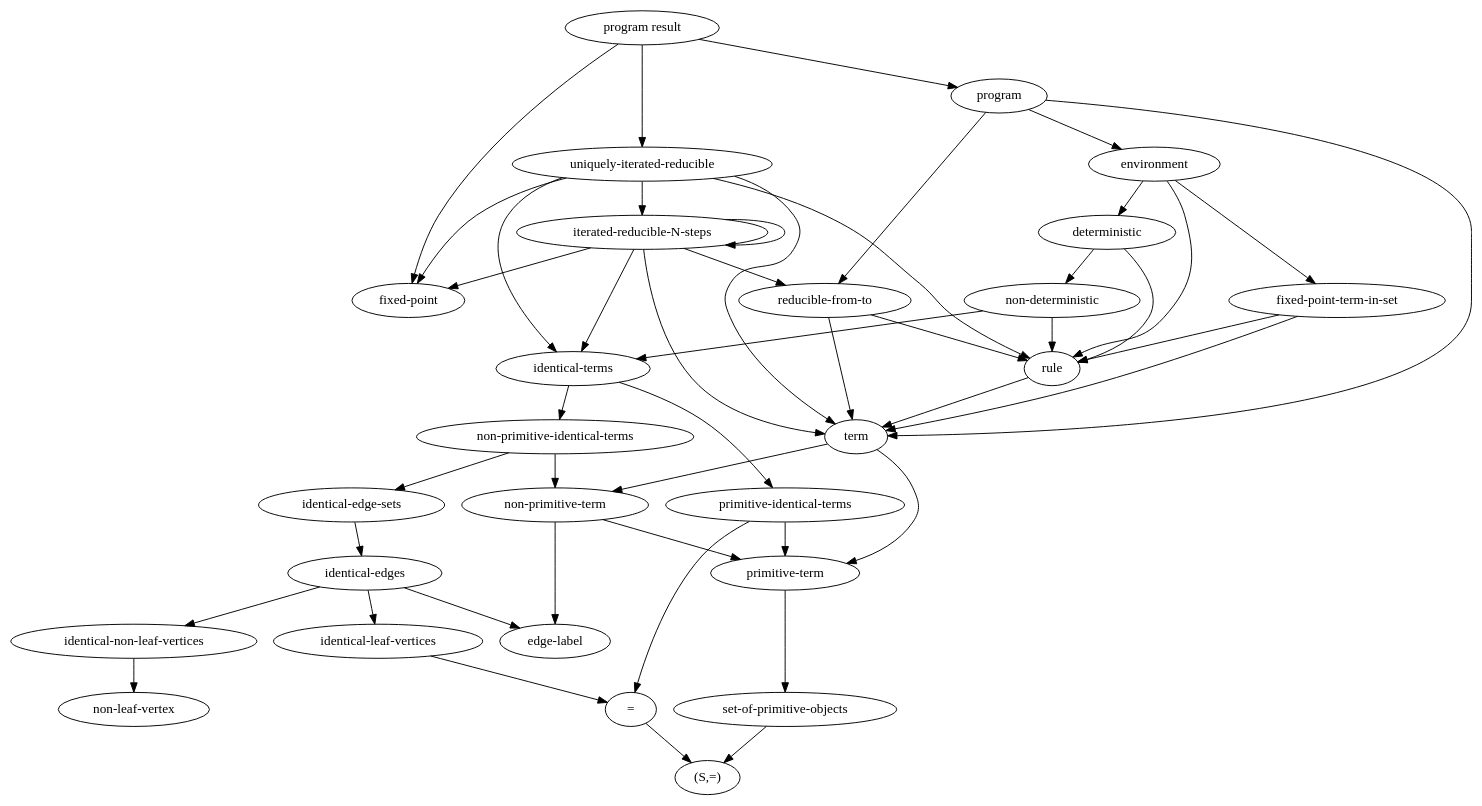
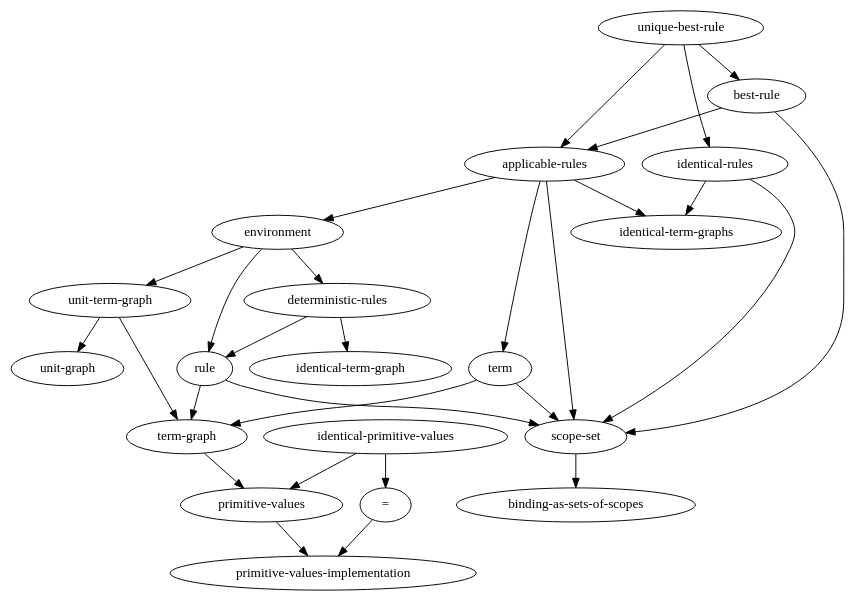
The diagram in documentation/model-graph.dot (MichaelMMacLeod/lang), drawn with Graphviz before and after one commit. The commit also changed 2 other files, not shown here.

Commit message:
Fix some errors, update model-graph

```diff
--- a/documentation/model-graph.dot
+++ b/documentation/model-graph.dot
@@ -1,24 +1,16 @@
 digraph definitions {
-    "program result" -> { "program", "fixed-point", "uniquely-iterated-reducible" };
-    "program" -> { "term", "environment", "reducible-from-to" };
-    "environment" -> { "rule", "deterministic", "rule", "fixed-point-term-in-set" };
-    "uniquely-iterated-reducible" ->  { "term", "fixed-point", "rule", "identical-terms", "iterated-reducible-N-steps" };
-    "iterated-reducible-N-steps" -> { "term", "fixed-point", "identical-terms", "reducible-from-to", "iterated-reducible-N-steps" };
-    "reducible-from-to" -> { "term", "rule", "rule" };
-    "fixed-point-term-in-set" -> { "term", "rule", "rule" };
-    "deterministic" -> { "rule", "non-deterministic" };
-    "non-deterministic" -> { "rule", "identical-terms" };
-    "identical-terms" -> { "primitive-identical-terms", "non-primitive-identical-terms" };
-    "primitive-identical-terms" -> { "primitive-term", "=" };
-    "non-primitive-identical-terms" -> { "non-primitive-term", "identical-edge-sets" };
-    "identical-edge-sets" -> { "identical-edges" };
-    "identical-edges" -> { "identical-non-leaf-vertices", "identical-leaf-vertices", "edge-label" };
-    "identical-non-leaf-vertices" -> { "non-leaf-vertex" };
-    "identical-leaf-vertices" -> { "=" };
-    "term" -> { "primitive-term", "non-primitive-term" };
-    "non-primitive-term" -> { "primitive-term", "edge-label" };
-    "primitive-term" -> { "set-of-primitive-objects" };
-    "set-of-primitive-objects" -> { "(S,=)" };
-    "=" -> { "(S,=)" };
-    "rule" -> { "term" };
+    "primitive-values" -> "primitive-values-implementation";
+    "=" -> "primitive-values-implementation";
+    "identical-primitive-values" -> { "primitive-values", "=" };
+    "term-graph" -> "primitive-values";
+    "unit-term-graph" -> { "unit-graph", "term-graph" };
+    "scope-set" -> "binding-as-sets-of-scopes";
+    "term" -> { "term-graph", "scope-set" };
+    "rule" -> { "term-graph", "scope-set" };
+    "deterministic-rules" -> { "rule", "identical-term-graph" };
+    "environment" -> { "deterministic-rules", "rule", "unit-term-graph" };
+    "applicable-rules" -> { "term", "environment", "identical-term-graphs", "scope-set" };
+    "best-rule" -> { "applicable-rules", "scope-set" };
+    "identical-rules" -> { "identical-term-graphs", "scope-set" };
+    "unique-best-rule" -> { "applicable-rules", "best-rule", "identical-rules" };
 }
```
